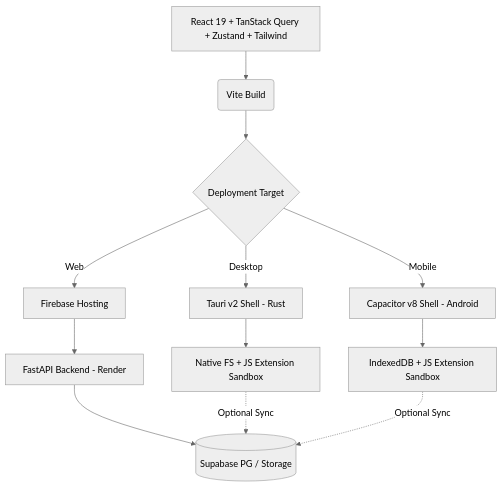
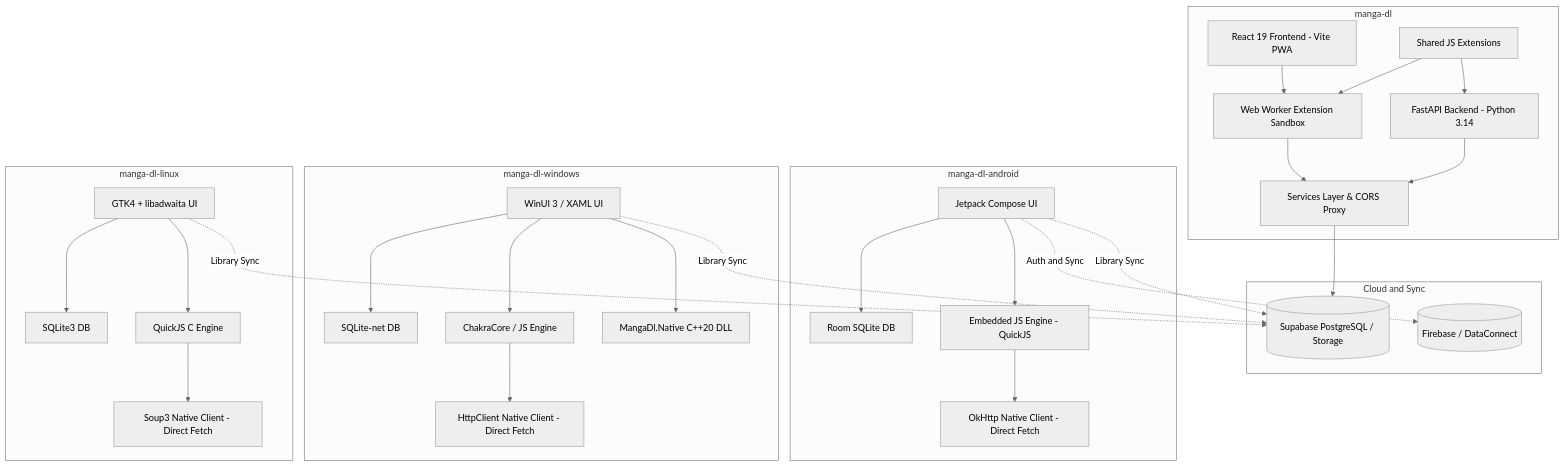
Before and after one commit to Zenmisan/manga-dl: the diagram in docs/ARCHITECTURE.md, drawn with Mermaid (neutral theme). The commit also changed other lines of this file and 35 other files, not shown here.

````diff
--- a/docs/ARCHITECTURE.md
+++ b/docs/ARCHITECTURE.md
@@ -7,18 +7,40 @@
 ```mermaid
 graph TD
-    A[React 19 + TanStack Query + Zustand + Tailwind] --> B(Vite Build)
+    subgraph Core Repository [manga-dl]
+        A[React 19 Frontend - Vite PWA] --> B[Web Worker Extension Sandbox]
+        C[FastAPI Backend - Python 3.14] --> D[Services Layer & CORS Proxy]
+        E[Shared JS Extensions] --> B
+        E --> C
+    end
 
-    B --> C{Deployment Target}
+    subgraph Native Android [manga-dl-android]
+        F[Jetpack Compose UI] --> G[Room SQLite DB]
+        F --> H[Embedded JS Engine - QuickJS]
+        H --> I[OkHttp Native Client - Direct Fetch]
+    end
 
-    C -->|Web| D[Firebase Hosting]
-    C -->|Desktop| E[Tauri v2 Shell - Rust]
-    C -->|Mobile| F[Capacitor v8 Shell - Android]
+    subgraph Native Windows [manga-dl-windows]
+        J[WinUI 3 / XAML UI] --> K[SQLite-net DB]
+        J --> L[ChakraCore / JS Engine]
+        J --> M[MangaDl.Native C++20 DLL]
+        L --> N[HttpClient Native Client - Direct Fetch]
+    end
 
-    D --> G[FastAPI Backend - Render]
-    E --> H[Native FS + JS Extension Sandbox]
-    F --> I[IndexedDB + JS Extension Sandbox]
+    subgraph Native Linux [manga-dl-linux]
+        O[GTK4 + libadwaita UI] --> P[SQLite3 DB]
+        O --> Q[QuickJS C Engine]
+        Q --> R[Soup3 Native Client - Direct Fetch]
+    end
 
-    G --> J[(Supabase PG / Storage)]
-    H -.->|Optional Sync| J
-    I -.->|Optional Sync| J
+    subgraph Cloud and Sync
+        S[(Supabase PostgreSQL / Storage)]
+        T[(Firebase / DataConnect)]
+    end
+
+    B --> D
+    D --> S
+    F -.->|Auth and Sync| T
+    F -.->|Library Sync| S
+    J -.->|Library Sync| S
+    O -.->|Library Sync| S
 ```
````
